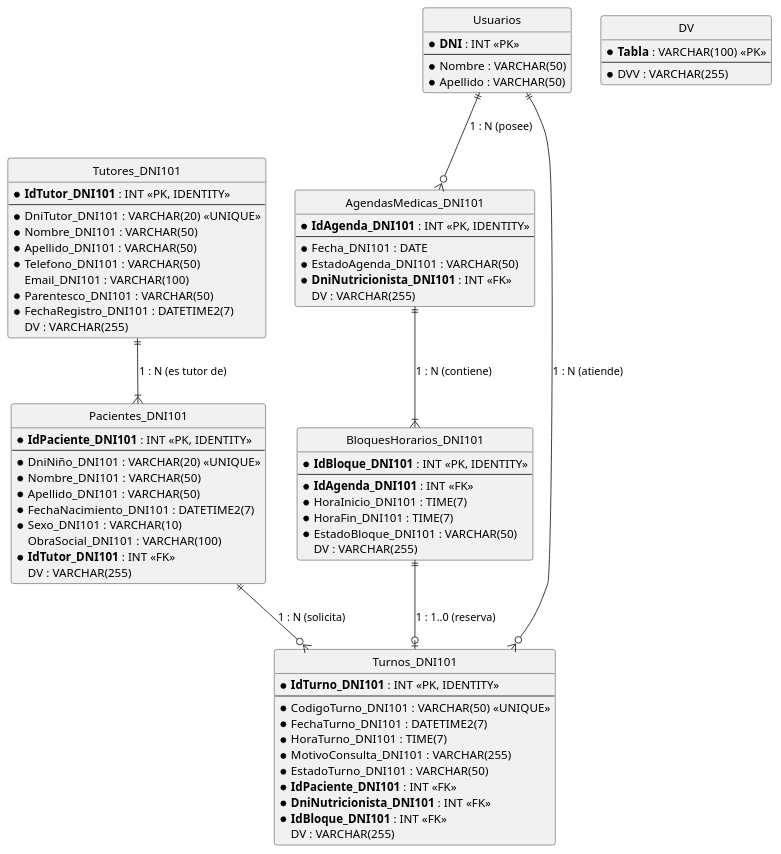
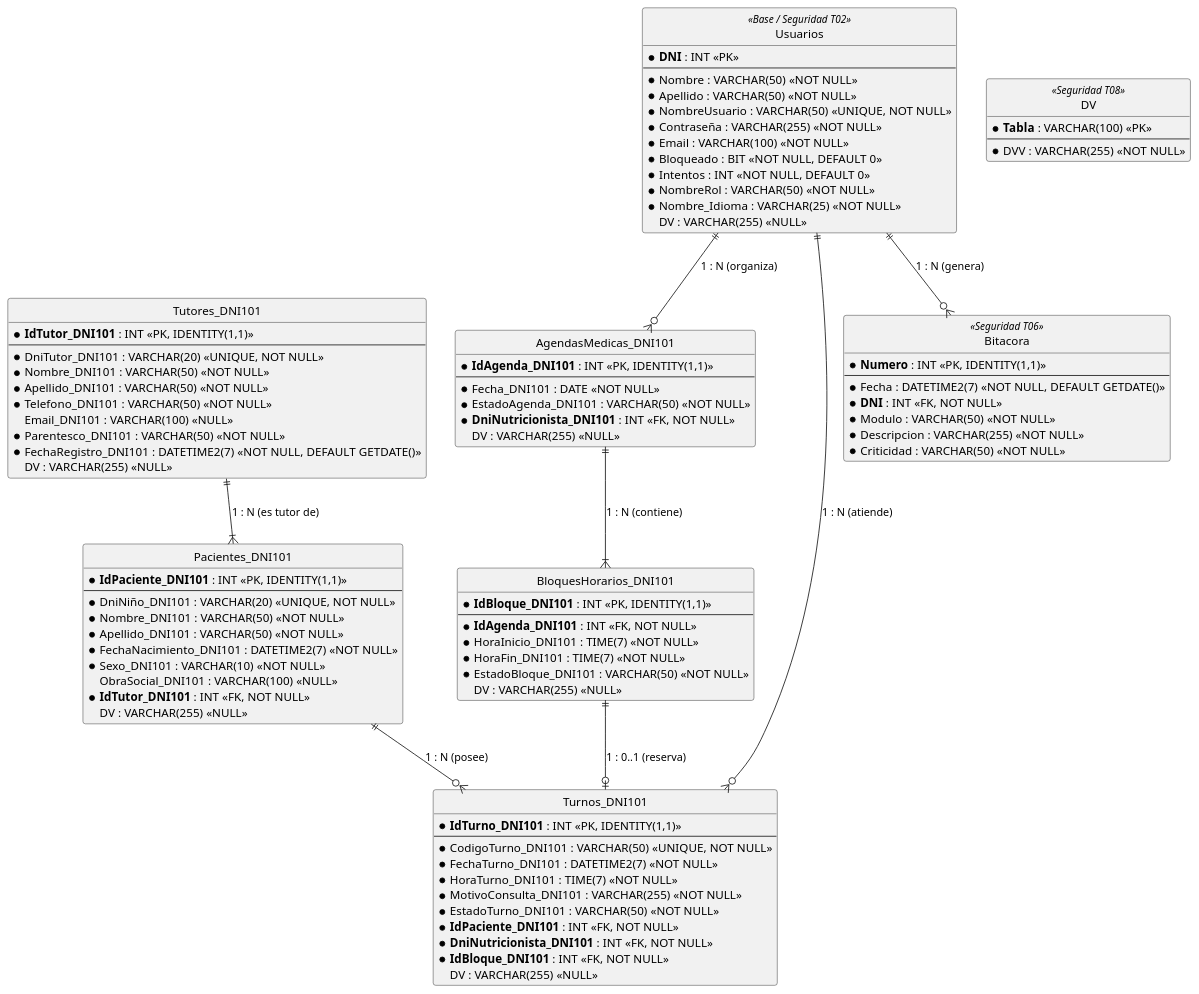
One commit to GustavoBritez/Trabajo-Diploma-NutriEvolve changed the diagram in Diagramas/DER_RF1_Turnos.puml. Above: the diagram before and after it, drawn with PlantUML. The commit also changed 80 other files, not shown here.

Commit message:
Ver diagramas

```diff
--- a/Diagramas/DER_RF1_Turnos.puml
+++ b/Diagramas/DER_RF1_Turnos.puml
@@ -1,92 +1,112 @@
-@startuml DER_RF1_Turnos
+@startuml CU01_DER
 skinparam style strictuml
 skinparam roundcorner 6
 skinparam shadowing false
 
 ' ============================================================
-' DIAGRAMA ENTIDAD-RELACIÓN (DER) / MODELO RELACIONAL (RF1)
-' Módulo: Gestión de Turnos Nutricionales Pediátricos
+' MODELO RELACIONAL DE DATOS / DER AFECTADO - CU01: REGISTRAR TURNO
+' Módulo: Gestión de Turnos Nutricionales Pediátricos (RF1)
+' Entidades Reutilizadas: Usuarios y Bitacora (ING SOFTWARE)
 ' ============================================================
 
 entity "Tutores_DNI101" as Tutores {
-    * **IdTutor_DNI101** : INT <<PK, IDENTITY>>
+    * **IdTutor_DNI101** : INT <<PK, IDENTITY(1,1)>>
     --
-    * DniTutor_DNI101 : VARCHAR(20) <<UNIQUE>>
-    * Nombre_DNI101 : VARCHAR(50)
-    * Apellido_DNI101 : VARCHAR(50)
-    * Telefono_DNI101 : VARCHAR(50)
-    Email_DNI101 : VARCHAR(100)
-    * Parentesco_DNI101 : VARCHAR(50)
-    * FechaRegistro_DNI101 : DATETIME2(7)
-    DV : VARCHAR(255)
+    * DniTutor_DNI101 : VARCHAR(20) <<UNIQUE, NOT NULL>>
+    * Nombre_DNI101 : VARCHAR(50) <<NOT NULL>>
+    * Apellido_DNI101 : VARCHAR(50) <<NOT NULL>>
+    * Telefono_DNI101 : VARCHAR(50) <<NOT NULL>>
+    Email_DNI101 : VARCHAR(100) <<NULL>>
+    * Parentesco_DNI101 : VARCHAR(50) <<NOT NULL>>
+    * FechaRegistro_DNI101 : DATETIME2(7) <<NOT NULL, DEFAULT GETDATE()>>
+    DV : VARCHAR(255) <<NULL>>
 }
 
 entity "Pacientes_DNI101" as Pacientes {
-    * **IdPaciente_DNI101** : INT <<PK, IDENTITY>>
+    * **IdPaciente_DNI101** : INT <<PK, IDENTITY(1,1)>>
     --
-    * DniNiño_DNI101 : VARCHAR(20) <<UNIQUE>>
-    * Nombre_DNI101 : VARCHAR(50)
-    * Apellido_DNI101 : VARCHAR(50)
-    * FechaNacimiento_DNI101 : DATETIME2(7)
-    * Sexo_DNI101 : VARCHAR(10)
-    ObraSocial_DNI101 : VARCHAR(100)
-    * **IdTutor_DNI101** : INT <<FK>>
-    DV : VARCHAR(255)
+    * DniNiño_DNI101 : VARCHAR(20) <<UNIQUE, NOT NULL>>
+    * Nombre_DNI101 : VARCHAR(50) <<NOT NULL>>
+    * Apellido_DNI101 : VARCHAR(50) <<NOT NULL>>
+    * FechaNacimiento_DNI101 : DATETIME2(7) <<NOT NULL>>
+    * Sexo_DNI101 : VARCHAR(10) <<NOT NULL>>
+    ObraSocial_DNI101 : VARCHAR(100) <<NULL>>
+    * **IdTutor_DNI101** : INT <<FK, NOT NULL>>
+    DV : VARCHAR(255) <<NULL>>
 }
 
-entity "Usuarios" as Usuarios {
+entity "Usuarios" as Usuarios <<Base / Seguridad T02>> {
     * **DNI** : INT <<PK>>
     --
-    * Nombre : VARCHAR(50)
-    * Apellido : VARCHAR(50)
+    * Nombre : VARCHAR(50) <<NOT NULL>>
+    * Apellido : VARCHAR(50) <<NOT NULL>>
+    * NombreUsuario : VARCHAR(50) <<UNIQUE, NOT NULL>>
+    * Contraseña : VARCHAR(255) <<NOT NULL>>
+    * Email : VARCHAR(100) <<NOT NULL>>
+    * Bloqueado : BIT <<NOT NULL, DEFAULT 0>>
+    * Intentos : INT <<NOT NULL, DEFAULT 0>>
+    * NombreRol : VARCHAR(50) <<NOT NULL>>
+    * Nombre_Idioma : VARCHAR(25) <<NOT NULL>>
+    DV : VARCHAR(255) <<NULL>>
 }
 
 entity "AgendasMedicas_DNI101" as Agendas {
-    * **IdAgenda_DNI101** : INT <<PK, IDENTITY>>
+    * **IdAgenda_DNI101** : INT <<PK, IDENTITY(1,1)>>
     --
-    * Fecha_DNI101 : DATE
-    * EstadoAgenda_DNI101 : VARCHAR(50)
-    * **DniNutricionista_DNI101** : INT <<FK>>
-    DV : VARCHAR(255)
+    * Fecha_DNI101 : DATE <<NOT NULL>>
+    * EstadoAgenda_DNI101 : VARCHAR(50) <<NOT NULL>>
+    * **DniNutricionista_DNI101** : INT <<FK, NOT NULL>>
+    DV : VARCHAR(255) <<NULL>>
 }
 
 entity "BloquesHorarios_DNI101" as Bloques {
-    * **IdBloque_DNI101** : INT <<PK, IDENTITY>>
+    * **IdBloque_DNI101** : INT <<PK, IDENTITY(1,1)>>
     --
-    * **IdAgenda_DNI101** : INT <<FK>>
-    * HoraInicio_DNI101 : TIME(7)
-    * HoraFin_DNI101 : TIME(7)
-    * EstadoBloque_DNI101 : VARCHAR(50)
-    DV : VARCHAR(255)
+    * **IdAgenda_DNI101** : INT <<FK, NOT NULL>>
+    * HoraInicio_DNI101 : TIME(7) <<NOT NULL>>
+    * HoraFin_DNI101 : TIME(7) <<NOT NULL>>
+    * EstadoBloque_DNI101 : VARCHAR(50) <<NOT NULL>>
+    DV : VARCHAR(255) <<NULL>>
 }
 
 entity "Turnos_DNI101" as Turnos {
-    * **IdTurno_DNI101** : INT <<PK, IDENTITY>>
+    * **IdTurno_DNI101** : INT <<PK, IDENTITY(1,1)>>
     --
-    * CodigoTurno_DNI101 : VARCHAR(50) <<UNIQUE>>
-    * FechaTurno_DNI101 : DATETIME2(7)
-    * HoraTurno_DNI101 : TIME(7)
-    * MotivoConsulta_DNI101 : VARCHAR(255)
-    * EstadoTurno_DNI101 : VARCHAR(50)
-    * **IdPaciente_DNI101** : INT <<FK>>
-    * **DniNutricionista_DNI101** : INT <<FK>>
-    * **IdBloque_DNI101** : INT <<FK>>
-    DV : VARCHAR(255)
+    * CodigoTurno_DNI101 : VARCHAR(50) <<UNIQUE, NOT NULL>>
+    * FechaTurno_DNI101 : DATETIME2(7) <<NOT NULL>>
+    * HoraTurno_DNI101 : TIME(7) <<NOT NULL>>
+    * MotivoConsulta_DNI101 : VARCHAR(255) <<NOT NULL>>
+    * EstadoTurno_DNI101 : VARCHAR(50) <<NOT NULL>>
+    * **IdPaciente_DNI101** : INT <<FK, NOT NULL>>
+    * **DniNutricionista_DNI101** : INT <<FK, NOT NULL>>
+    * **IdBloque_DNI101** : INT <<FK, NOT NULL>>
+    DV : VARCHAR(255) <<NULL>>
 }
 
-entity "DV" as TablaDV {
+entity "DV" as TablaDV <<Seguridad T08>> {
     * **Tabla** : VARCHAR(100) <<PK>>
     --
-    * DVV : VARCHAR(255)
+    * DVV : VARCHAR(255) <<NOT NULL>>
+}
+
+entity "Bitacora" as Bitacora <<Seguridad T06>> {
+    * **Numero** : INT <<PK, IDENTITY(1,1)>>
+    --
+    * Fecha : DATETIME2(7) <<NOT NULL, DEFAULT GETDATE()>>
+    * **DNI** : INT <<FK, NOT NULL>>
+    * Modulo : VARCHAR(50) <<NOT NULL>>
+    * Descripcion : VARCHAR(255) <<NOT NULL>>
+    * Criticidad : VARCHAR(50) <<NOT NULL>>
 }
 
 ' --- RELACIONES Y CARDINALIDADES RELACIONALES ---
 
 Tutores ||--|{ Pacientes : "1 : N (es tutor de)"
-Pacientes ||--o{ Turnos : "1 : N (solicita)"
-Usuarios ||--o{ Agendas : "1 : N (posee)"
+Pacientes ||--o{ Turnos : "1 : N (posee)"
+Usuarios ||--o{ Agendas : "1 : N (organiza)"
 Agendas ||--|{ Bloques : "1 : N (contiene)"
-Bloques ||--o| Turnos : "1 : 1..0 (reserva)"
+Bloques ||--o| Turnos : "1 : 0..1 (reserva)"
 Usuarios ||--o{ Turnos : "1 : N (atiende)"
+Usuarios ||--o{ Bitacora : "1 : N (genera)"
 
 @enduml
```
